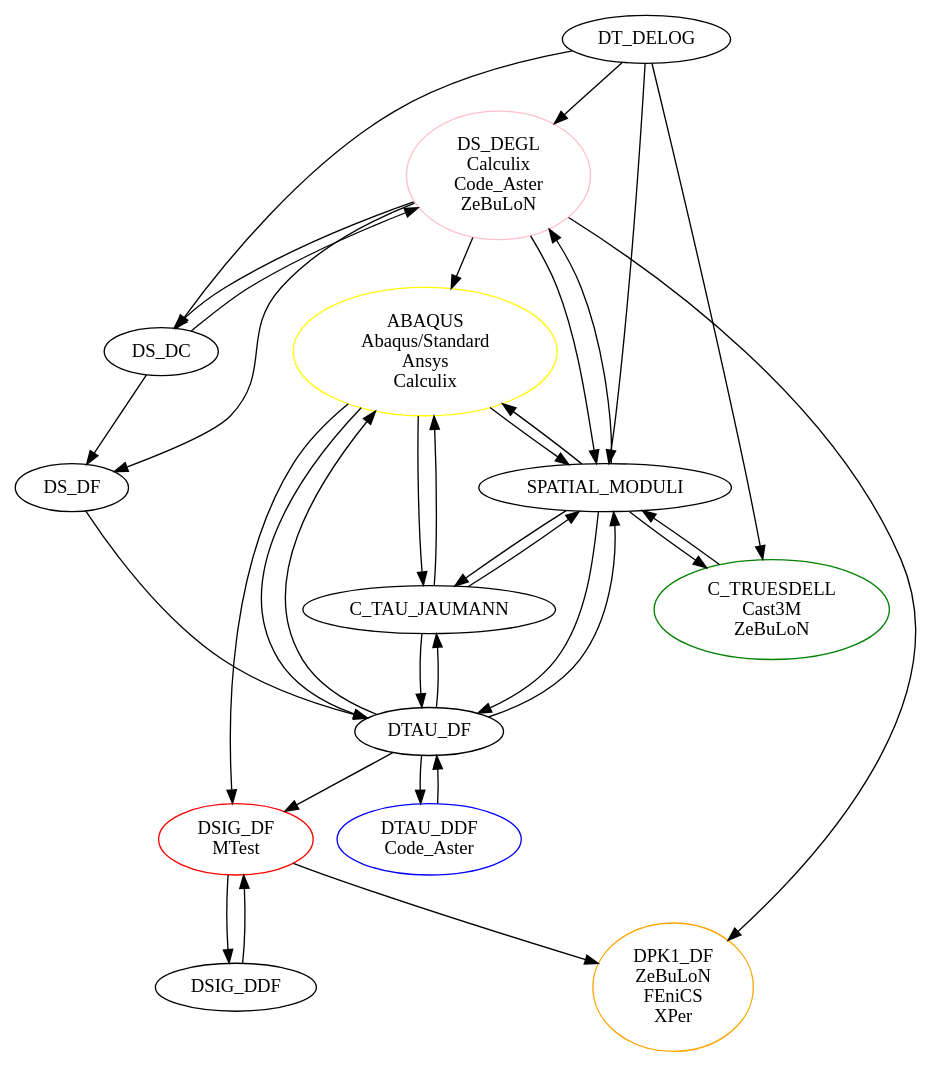
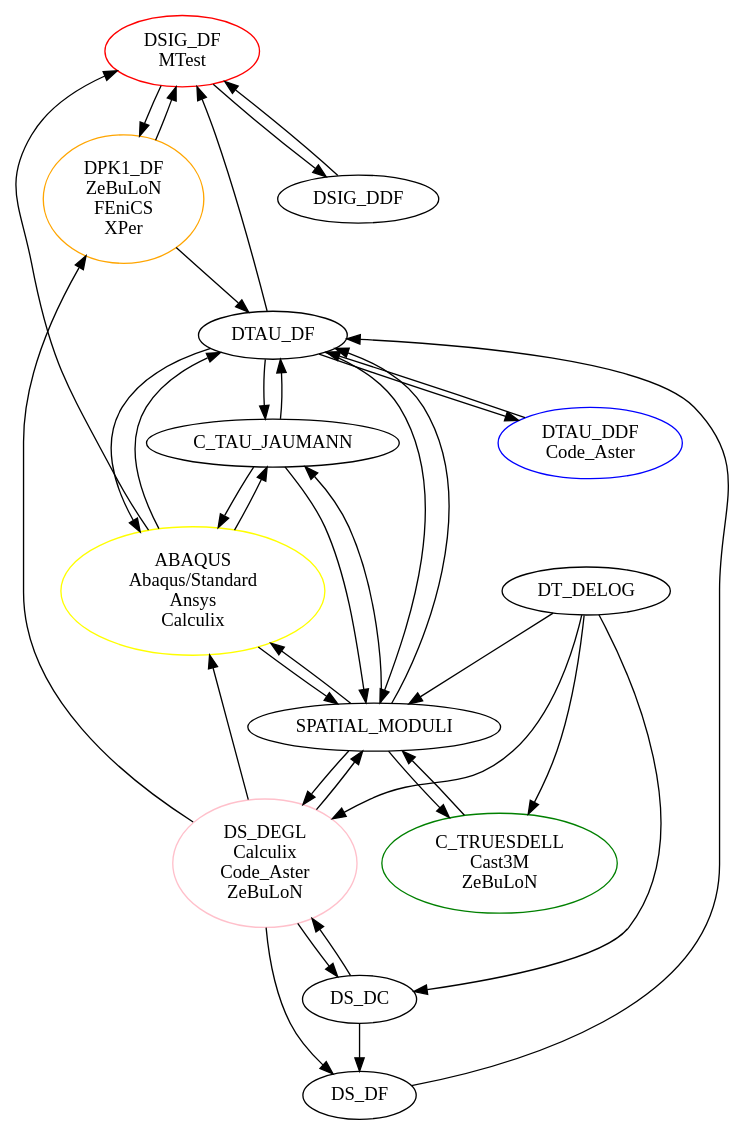
The diagram in docs/web/img/FiniteStrainTangentOperatorConvertion.dot (thelfer/tfel), drawn with Graphviz before and after one commit. The commit also changed 12 other files, not shown here.

```diff
--- a/docs/web/img/FiniteStrainTangentOperatorConvertion.dot
+++ b/docs/web/img/FiniteStrainTangentOperatorConvertion.dot
@@ -1,43 +1,45 @@
 digraph tangent_operator_converter {
   graph [size="800"]
   DSIG_DF     [label="DSIG_DF\nMTest",color=red];
   C_TRUESDELL [label="C_TRUESDELL\nCast3M\nZeBuLoN",color=green];
   DTAU_DDF    [label="DTAU_DDF\nCode_Aster",color=blue];
   ABAQUS      [label="ABAQUS\nAbaqus/Standard\nAnsys\nCalculix",color=yellow];
   DS_DEGL     [label="DS_DEGL\nCalculix\nCode_Aster\nZeBuLoN",color=pink];
   DPK1_DF     [label="DPK1_DF\nZeBuLoN\nFEniCS\nXPer",color=orange];
   DT_DELOG -> DS_DEGL;
   DT_DELOG -> DS_DC;	
   DT_DELOG -> SPATIAL_MODULI;
   DT_DELOG -> C_TRUESDELL;
   DS_DF -> DTAU_DF;
   DTAU_DF -> C_TAU_JAUMANN;
   DTAU_DF -> SPATIAL_MODULI;
   DTAU_DF -> ABAQUS;
   DTAU_DF -> DSIG_DF;
   DTAU_DF -> DTAU_DDF;
   DTAU_DDF -> DTAU_DF;
   SPATIAL_MODULI -> C_TRUESDELL;
   SPATIAL_MODULI -> ABAQUS;
   SPATIAL_MODULI -> DS_DEGL;
   SPATIAL_MODULI -> DTAU_DF;
   SPATIAL_MODULI -> C_TAU_JAUMANN;
   DSIG_DF -> DSIG_DDF;
   DSIG_DDF -> DSIG_DF;
   DS_DEGL -> DS_DC;
   DS_DEGL -> SPATIAL_MODULI;
   DS_DEGL -> ABAQUS;
   DS_DEGL -> DS_DF;
   DS_DC -> DS_DF;
   DS_DC -> DS_DEGL;
   C_TRUESDELL -> SPATIAL_MODULI;
   ABAQUS -> SPATIAL_MODULI;
   ABAQUS -> C_TAU_JAUMANN;
   ABAQUS -> DSIG_DF;
   ABAQUS -> DTAU_DF;
   C_TAU_JAUMANN -> ABAQUS;
   C_TAU_JAUMANN -> DTAU_DF;
   C_TAU_JAUMANN -> SPATIAL_MODULI;
   DS_DEGL -> DPK1_DF
   DSIG_DF -> DPK1_DF
+  DPK1_DF -> DTAU_DF
+  DPK1_DF -> DSIG_DF
 }
```
